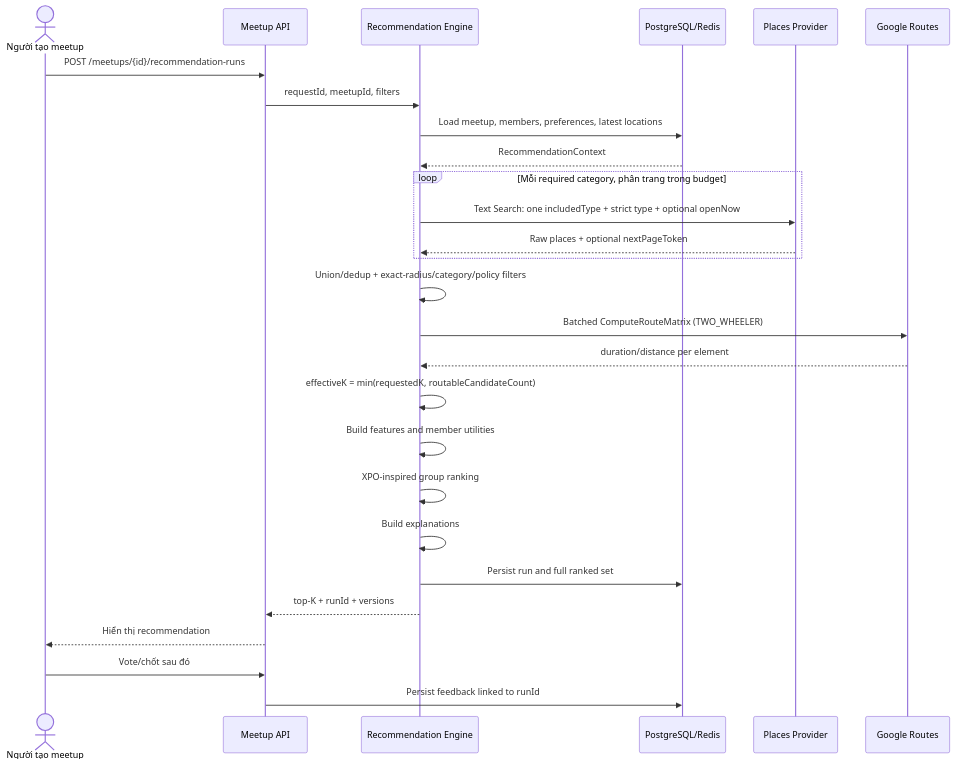
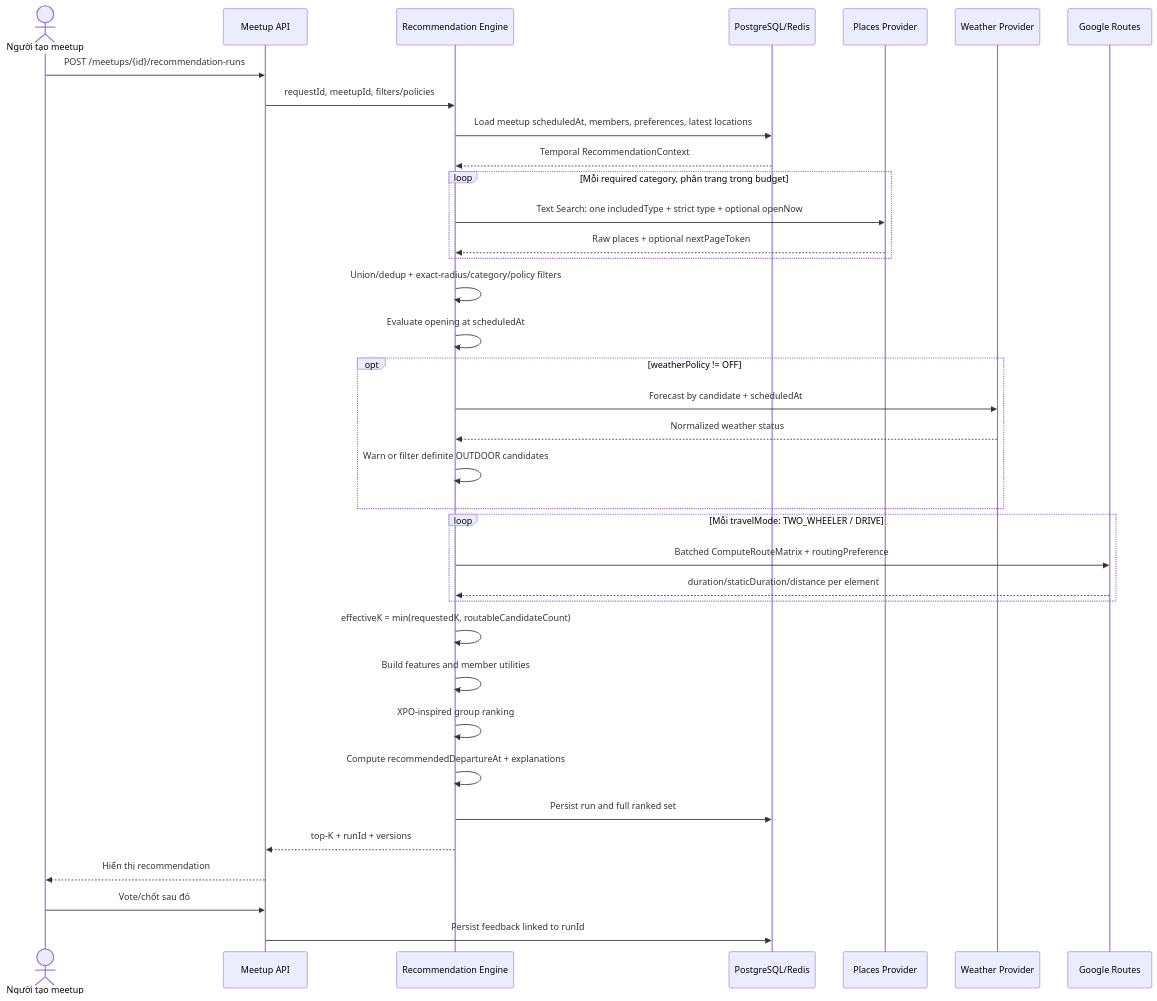
The third of 4 diagrams in docs/12_meetup_group_recommendation_engine.md (Bakaguya-sama/Meet-Up-Mobile-App-BE), drawn with Mermaid before and after one commit. The commit also changed other lines of this file and 2 other files, not shown here.

Commit message:
docs: plan scheduled context traffic and weather

````diff
--- a/docs/12_meetup_group_recommendation_engine.md
+++ b/docs/12_meetup_group_recommendation_engine.md
@@ -403,30 +471,39 @@
 ```mermaid
 sequenceDiagram
     actor Organizer as Người tạo meetup
     participant API as Meetup API
     participant RE as Recommendation Engine
     participant DB as PostgreSQL/Redis
     participant Places as Places Provider
+    participant Weather as Weather Provider
     participant Routes as Google Routes
 
     Organizer->>API: POST /meetups/{id}/recommendation-runs
-    API->>RE: requestId, meetupId, filters
-    RE->>DB: Load meetup, members, preferences, latest locations
-    DB-->>RE: RecommendationContext
+    API->>RE: requestId, meetupId, filters/policies
+    RE->>DB: Load meetup scheduledAt, members, preferences, latest locations
+    DB-->>RE: Temporal RecommendationContext
     loop Mỗi required category, phân trang trong budget
         RE->>Places: Text Search: one includedType + strict type + optional openNow
         Places-->>RE: Raw places + optional nextPageToken
     end
     RE->>RE: Union/dedup + exact-radius/category/policy filters
-    RE->>Routes: Batched ComputeRouteMatrix (TWO_WHEELER)
-    Routes-->>RE: duration/distance per element
+    RE->>RE: Evaluate opening at scheduledAt
+    opt weatherPolicy != OFF
+        RE->>Weather: Forecast by candidate + scheduledAt
+        Weather-->>RE: Normalized weather status
+        RE->>RE: Warn or filter definite OUTDOOR candidates
+    end
+    loop Mỗi travelMode: TWO_WHEELER / DRIVE
+        RE->>Routes: Batched ComputeRouteMatrix + routingPreference
+        Routes-->>RE: duration/staticDuration/distance per element
+    end
     RE->>RE: effectiveK = min(requestedK, routableCandidateCount)
     RE->>RE: Build features and member utilities
     RE->>RE: XPO-inspired group ranking
-    RE->>RE: Build explanations
+    RE->>RE: Compute recommendedDepartureAt + explanations
     RE->>DB: Persist run and full ranked set
     RE-->>API: top-K + runId + versions
     API-->>Organizer: Hiển thị recommendation
     Organizer->>API: Vote/chốt sau đó
     API->>DB: Persist feedback linked to runId
 ```
````
